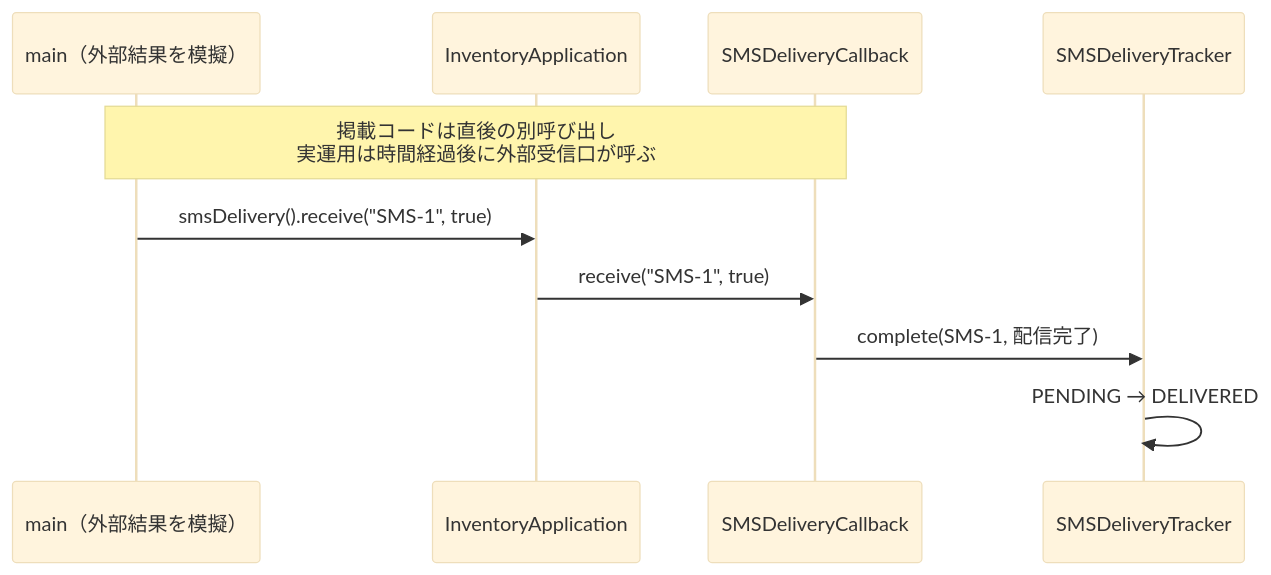
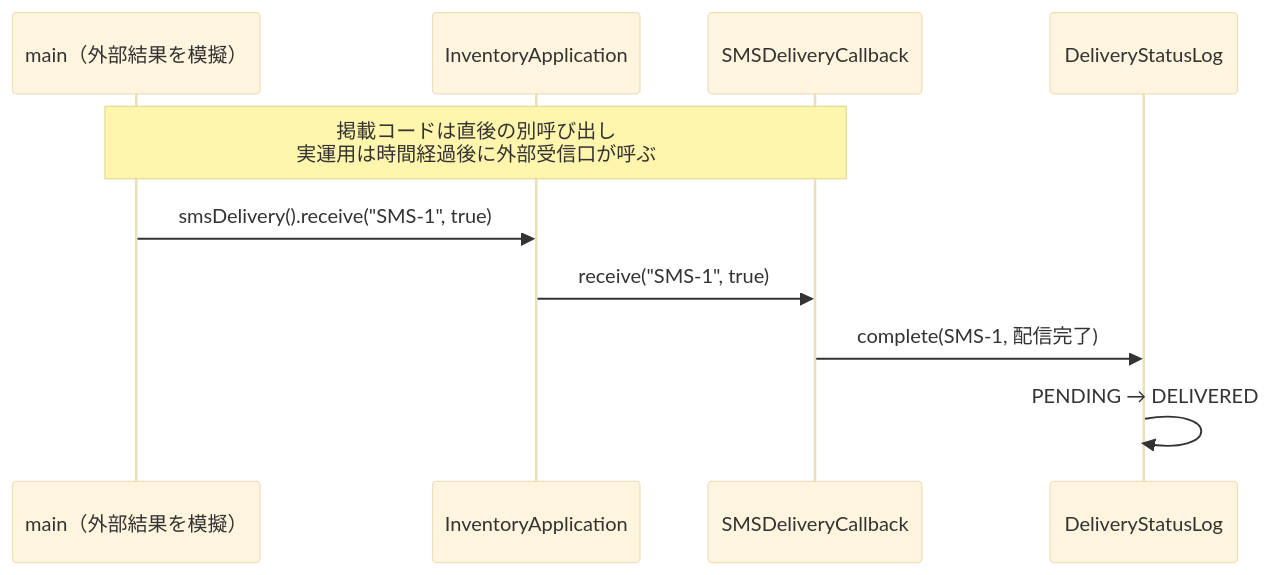
Before and after one commit to kumachan1101-pixel/DesignPattern: diagram 18 of 20 in kindle/design-patterns/books/volume01-core-patterns/output/05-chapter03.md, drawn with Mermaid (base theme). The commit also changed other lines of this file and 6 other files, not shown here.

````diff
--- a/kindle/design-patterns/books/volume01-core-patterns/output/05-chapter03.md
+++ b/kindle/design-patterns/books/volume01-core-patterns/output/05-chapter03.md
@@ -2134,13 +2134,13 @@
 ```mermaid
 sequenceDiagram
     participant M as main（外部結果を模擬）
     participant A as InventoryApplication
     participant CB as SMSDeliveryCallback
-    participant L as SMSDeliveryTracker
+    participant L as DeliveryStatusLog
 
     Note over M,CB: 掲載コードは直後の別呼び出し<br>実運用は時間経過後に外部受信口が呼ぶ
     M->>A: smsDelivery().receive("SMS-1", true)
     A->>CB: receive("SMS-1", true)
     CB->>L: complete(SMS-1, 配信完了)
     L->>L: PENDING → DELIVERED
 ```
````
